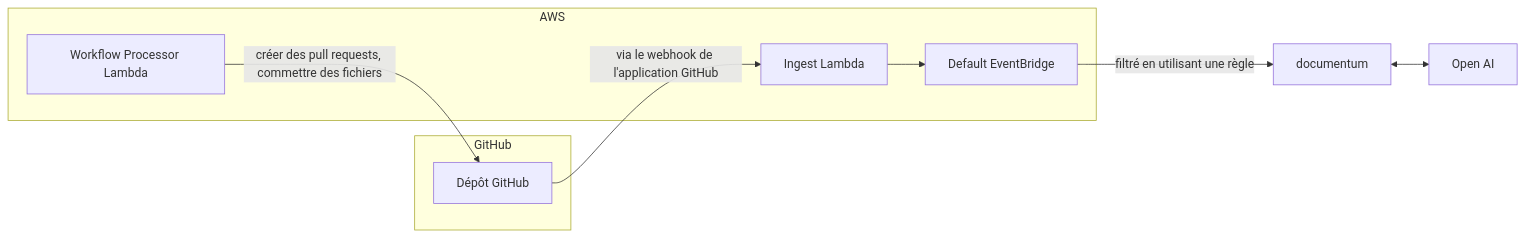
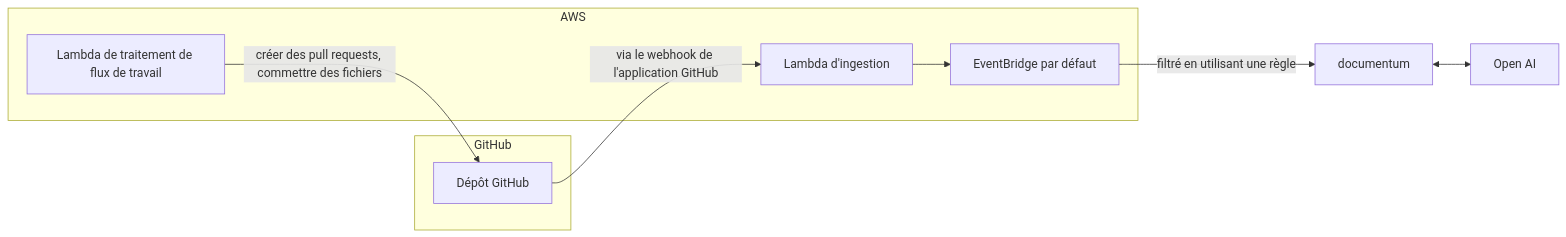
Before and after one commit to todoengineering/EvergreenDocs: the diagram in README.fr.md, drawn with Mermaid.

````diff
--- a/README.fr.md
+++ b/README.fr.md
@@ -88,18 +88,18 @@
 ```mermaid
 graph LR
   subgraph GitHub
     githubRepo[Dépôt GitHub]
   end
 
   subgraph AWS
-    ingest[Ingest Lambda]
-    defaultEventBridge[Default EventBridge]
-    workflowProcessor[Workflow Processor Lambda]
+    ingest[Lambda d'ingestion]
+    defaultEventBridge[EventBridge par défaut]
+    workflowProcessor[Lambda de traitement de flux de travail]
   end
 
   openAi[Open AI]
 
 
   githubRepo -- via le webhook de l'application GitHub --> ingest --> defaultEventBridge -- filtré en utilisant une règle --> documentum <--> openAi
   workflowProcessor -- créer des pull requests, commettre des fichiers --> githubRepo
 ```
````
